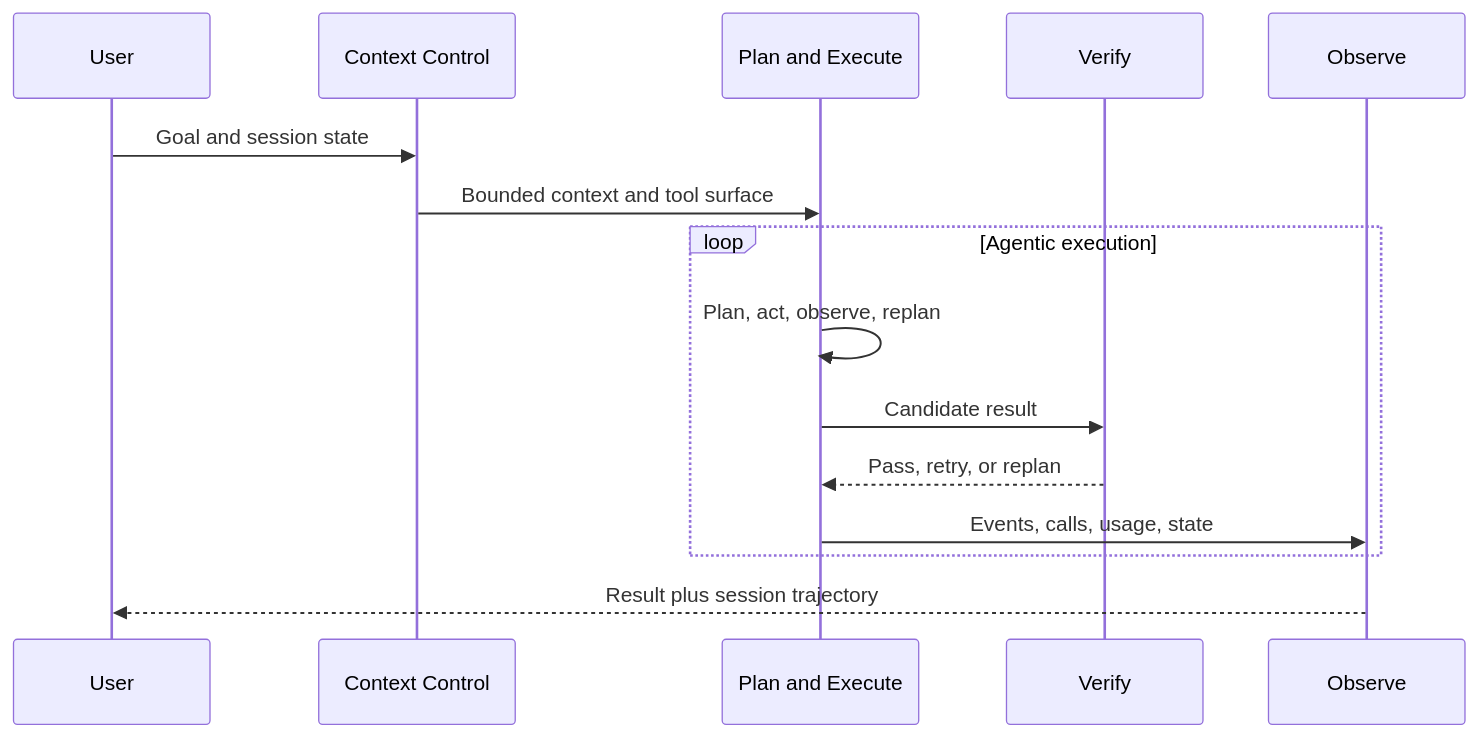
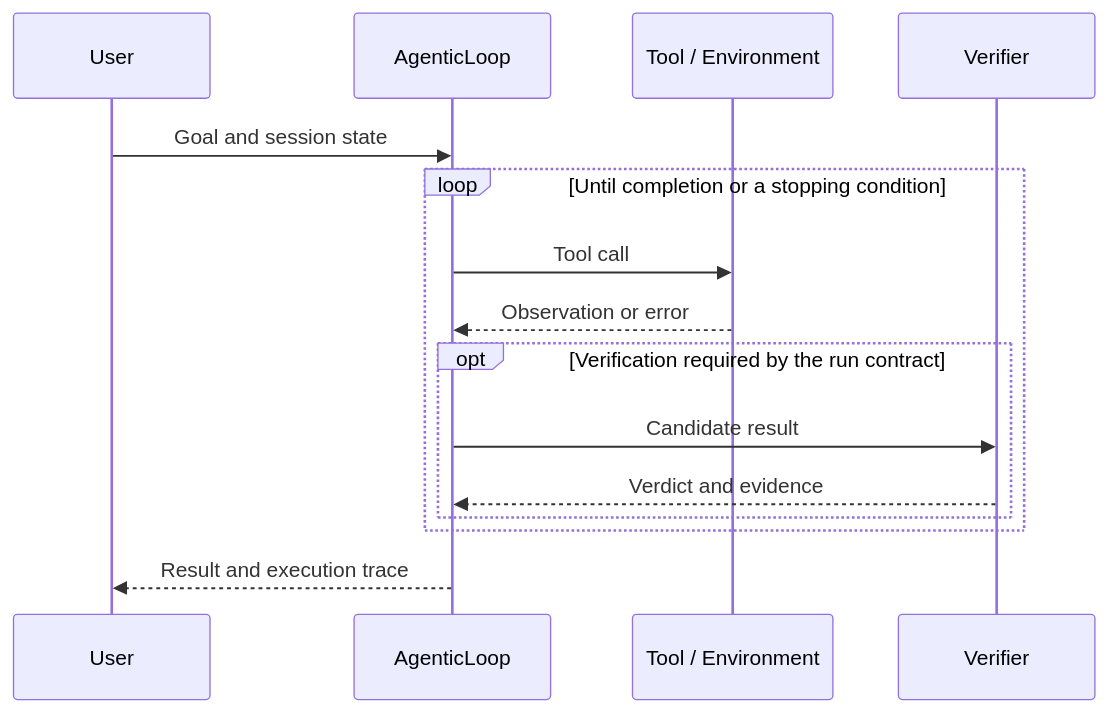
The second of 4 diagrams in README_EN.md (mangowhoiscloud/mangowhoiscloud), drawn with Mermaid before and after one commit. The commit also changed other lines of this file and 5 other files, not shown here.

Commit message:
docs: replace profile sequence overuse with task-fit views

````diff
--- a/README_EN.md
+++ b/README_EN.md
@@ -108,17 +46,17 @@
 ```mermaid
 sequenceDiagram
     participant U as User
-    participant C as Context Control
-    participant P as Plan and Execute
-    participant V as Verify
-    participant O as Observe
-    U->>C: Goal and session state
-    C->>P: Bounded context and tool surface
-    loop Agentic execution
-        P->>P: Plan, act, observe, replan
-        P->>V: Candidate result
-        V-->>P: Pass, retry, or replan
-        P->>O: Events, calls, usage, state
+    participant R as AgenticLoop
+    participant T as Tool / Environment
+    participant V as Verifier
+    U->>R: Goal and session state
+    loop Until completion or a stopping condition
+        R->>T: Tool call
+        T-->>R: Observation or error
+        opt Verification required by the run contract
+            R->>V: Candidate result
+            V-->>R: Verdict and evidence
+        end
     end
-    O-->>U: Result plus session trajectory
+    R-->>U: Result and execution trace
 ```
````
